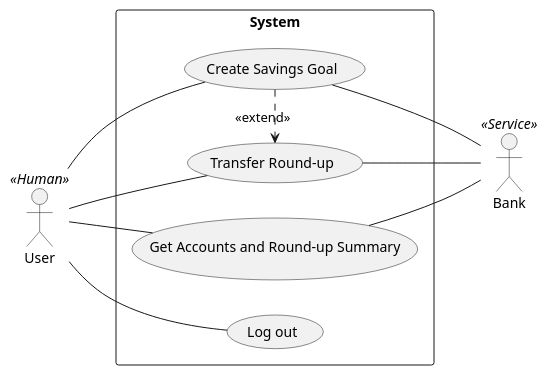
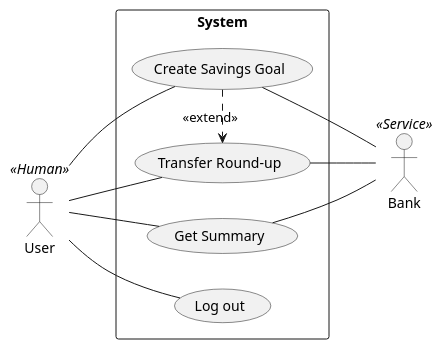
The diagram in diagrams/User Goal/Use Case Diagram.puml (hristo-stefanov/MiniBankingDemo), drawn with PlantUML before and after one commit.

Commit message:
Update the name of use case

```diff
--- a/diagrams/User Goal/Use Case Diagram.puml
+++ b/diagrams/User Goal/Use Case Diagram.puml
@@ -1,26 +1,26 @@
 @startuml
 'https://plantuml.com/use-case-diagram
 
 ' Level: User Goals
 
 left to right direction
 actor User <<Human>>
 actor Bank <<Service>>
 
 rectangle System {
-usecase "Get Accounts and Round-up Summary"
+usecase "Get Summary"
 usecase "Log out"
 usecase "Transfer Round-up"
 usecase "Create Savings Goal"
 }
 
-User -- "Get Accounts and Round-up Summary"
+User -- "Get Summary"
 User -- "Transfer Round-up"
 User -- "Create Savings Goal"
 User -- "Log out"
 
-"Get Accounts and Round-up Summary" -- "Bank"
+"Get Summary" -- "Bank"
 "Create Savings Goal" .> "Transfer Round-up" : <<extend>>
 "Transfer Round-up" -- "Bank"
 "Create Savings Goal" -- "Bank"
 @enduml
```
